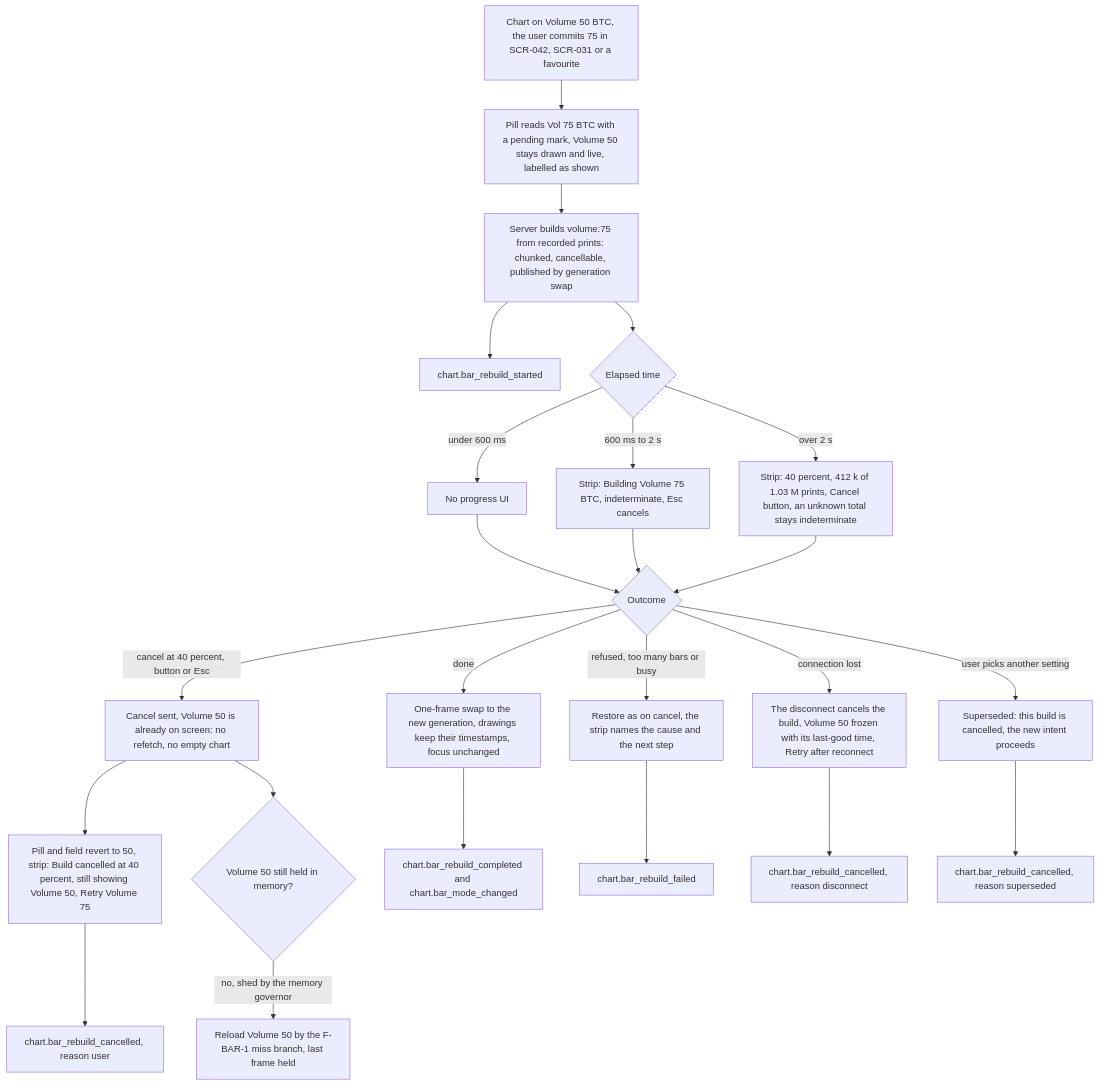
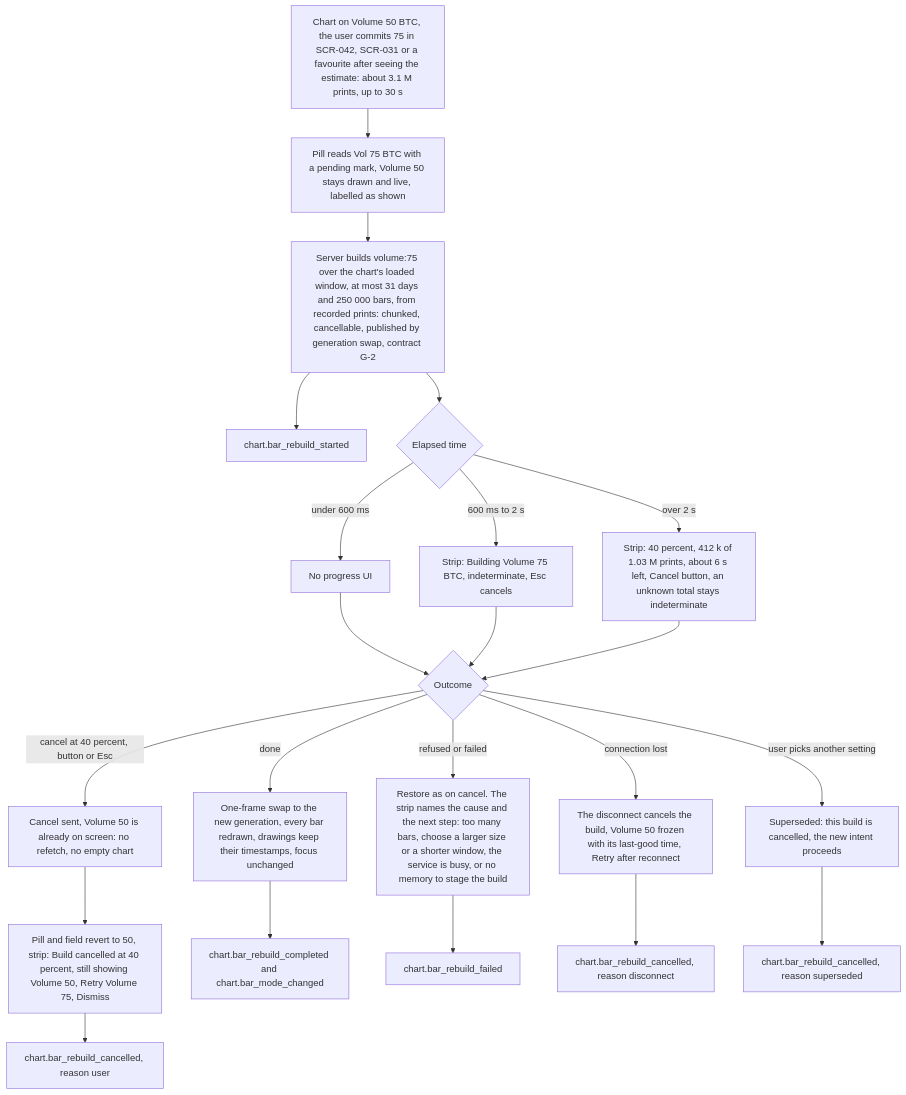
Diagram 28 of 30 in docs/plan/13-user-flows.md (CandleViewer/CandleViewer), drawn with Mermaid before and after one commit. The commit also changed other lines of this file and 1 other file, not shown here.

First line of the commit message:
docs(chart-engine): fold the round-1 review into the F-BAR flows and SCR-030 matrix

````diff
--- a/docs/plan/13-user-flows.md
+++ b/docs/plan/13-user-flows.md
@@ -804,26 +814,24 @@
 ```mermaid
 flowchart TD
-  A3["Chart on Volume 50 BTC, the user commits 75 in SCR-042, SCR-031 or a favourite"] --> B3["Pill reads Vol 75 BTC with a pending mark, Volume 50 stays drawn and live, labelled as shown"]
-  B3 --> C3["Server builds volume:75 from recorded prints: chunked, cancellable, published by generation swap"]
+  A3["Chart on Volume 50 BTC, the user commits 75 in SCR-042, SCR-031 or a favourite after seeing the estimate: about 3.1 M prints, up to 30 s"] --> B3["Pill reads Vol 75 BTC with a pending mark, Volume 50 stays drawn and live, labelled as shown"]
+  B3 --> C3["Server builds volume:75 over the chart's loaded window, at most 31 days and 250 000 bars, from recorded prints: chunked, cancellable, published by generation swap, contract G-2"]
   C3 --> V3["chart.bar_rebuild_started"]
   C3 --> D3{"Elapsed time"}
   D3 -->|under 600 ms| E3["No progress UI"]
   D3 -->|600 ms to 2 s| F3["Strip: Building Volume 75 BTC, indeterminate, Esc cancels"]
-  D3 -->|over 2 s| G3["Strip: 40 percent, 412 k of 1.03 M prints, Cancel button, an unknown total stays indeterminate"]
+  D3 -->|over 2 s| G3["Strip: 40 percent, 412 k of 1.03 M prints, about 6 s left, Cancel button, an unknown total stays indeterminate"]
   E3 --> H3{"Outcome"}
   F3 --> H3
   G3 --> H3
-  H3 -->|done| I3["One-frame swap to the new generation, drawings keep their timestamps, focus unchanged"]
+  H3 -->|done| I3["One-frame swap to the new generation, every bar redrawn, drawings keep their timestamps, focus unchanged"]
   H3 -->|cancel at 40 percent, button or Esc| J3["Cancel sent, Volume 50 is already on screen: no refetch, no empty chart"]
-  J3 --> K3["Pill and field revert to 50, strip: Build cancelled at 40 percent, still showing Volume 50, Retry Volume 75"]
-  J3 --> L3{"Volume 50 still held in memory?"}
-  L3 -->|no, shed by the memory governor| M3["Reload Volume 50 by the F-BAR-1 miss branch, last frame held"]
-  H3 -->|refused, too many bars or busy| N3["Restore as on cancel, the strip names the cause and the next step"]
+  J3 --> K3["Pill and field revert to 50, strip: Build cancelled at 40 percent, still showing Volume 50, Retry Volume 75, Dismiss"]
+  H3 -->|refused or failed| N3["Restore as on cancel. The strip names the cause and the next step: too many bars, choose a larger size or a shorter window, the service is busy, or no memory to stage the build"]
   H3 -->|connection lost| O3["The disconnect cancels the build, Volume 50 frozen with its last-good time, Retry after reconnect"]
   H3 -->|user picks another setting| P3["Superseded: this build is cancelled, the new intent proceeds"]
   I3 --> Q3["chart.bar_rebuild_completed and chart.bar_mode_changed"]
   K3 --> R3["chart.bar_rebuild_cancelled, reason user"]
   N3 --> S3["chart.bar_rebuild_failed"]
   O3 --> T3["chart.bar_rebuild_cancelled, reason disconnect"]
   P3 --> U3["chart.bar_rebuild_cancelled, reason superseded"]
 ```
````
